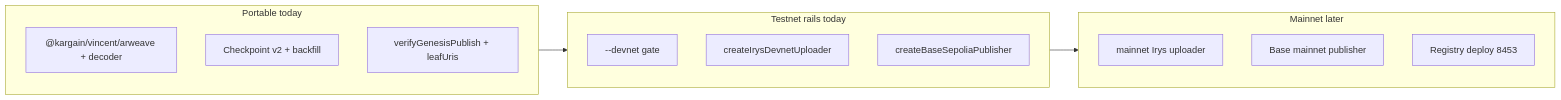
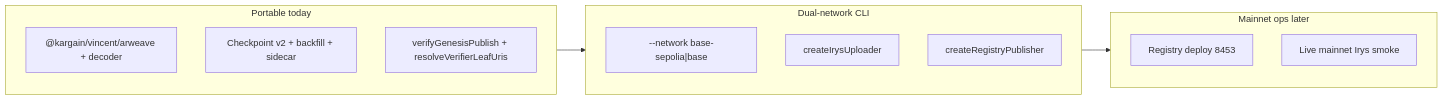
Before and after one commit to kargain-com/vincent: the diagram in publish/docs/MAINNET_READINESS.md, drawn with Mermaid. The commit also changed other lines of this file and 10 other files, not shown here.

````diff
--- a/publish/docs/MAINNET_READINESS.md
+++ b/publish/docs/MAINNET_READINESS.md
@@ -13,20 +13,19 @@
 ```mermaid
 flowchart LR
   subgraph portable [Portable today]
     SDK["@kargain/vincent/arweave + decoder"]
-    Checkpoint[Checkpoint v2 + backfill]
-    Verify[verifyGenesisPublish + leafUris]
+    Checkpoint[Checkpoint v2 + backfill + sidecar]
+    Verify[verifyGenesisPublish + resolveVerifierLeafUris]
   end
-  subgraph testnetOnly [Testnet rails today]
-    CLI["--devnet gate"]
-    IrysDev[createIrysDevnetUploader]
-    ChainSepolia[createBaseSepoliaPublisher]
+  subgraph dualNetwork [Dual-network CLI]
+    Network["--network base-sepolia|base"]
+    IrysUnified[createIrysUploader]
+    RegistryUnified[createRegistryPublisher]
   end
-  subgraph mainnetLater [Mainnet later]
-    IrysMain[mainnet Irys uploader]
-    ChainMain[Base mainnet publisher]
+  subgraph mainnetLater [Mainnet ops later]
     Deploy[Registry deploy 8453]
+    Smoke[Live mainnet Irys smoke]
   end
-  portable --> testnetOnly
-  testnetOnly --> mainnetLater
+  portable --> dualNetwork
+  dualNetwork --> mainnetLater
 ```
````
